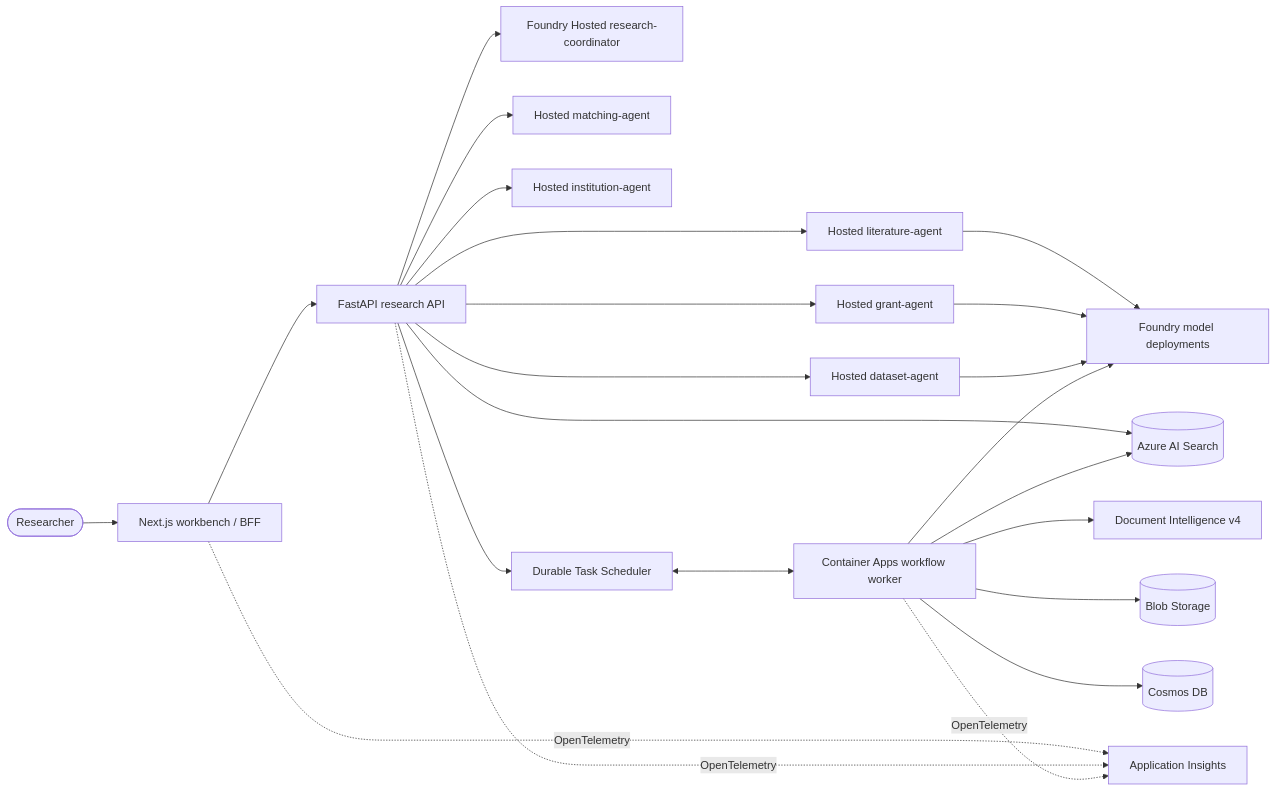
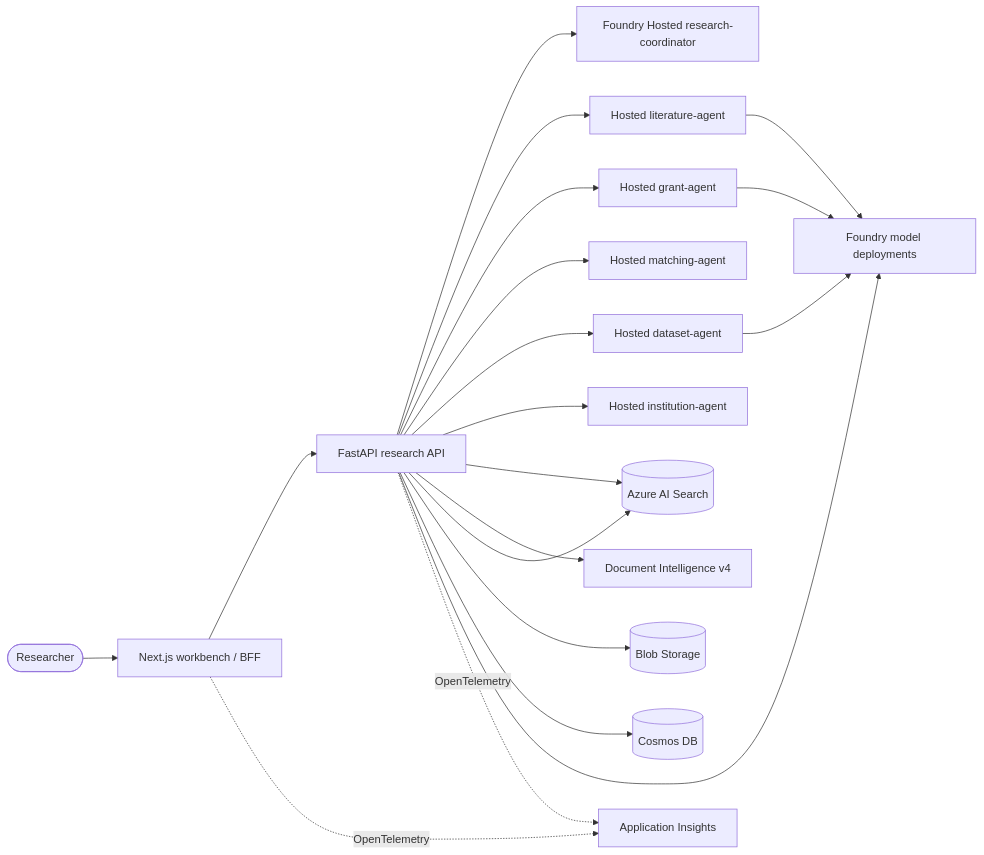
One commit to anabil25/ResearchAssistant changed the diagram in ARCHITECTURE.md. Above: the diagram before and after it, drawn with Mermaid. The commit also changed other lines of this file and 112 other files, not shown here.

````diff
--- a/ARCHITECTURE.md
+++ b/ARCHITECTURE.md
@@ -16,24 +16,22 @@
 ```mermaid
 flowchart LR
     User([Researcher]) --> Web[Next.js workbench / BFF]
     Web --> API[FastAPI research API]
     API --> Coordinator[Foundry Hosted research-coordinator]
     API --> Literature[Hosted literature-agent]
     API --> Grant[Hosted grant-agent]
     API --> Matching[Hosted matching-agent]
     API --> Dataset[Hosted dataset-agent]
     API --> Institution[Hosted institution-agent]
 
     API --> Search[(Azure AI Search)]
     Literature & Grant & Dataset --> Models[Foundry model deployments]
 
-    API --> DTS[Durable Task Scheduler]
-    DTS <--> Worker[Container Apps workflow worker]
-    Worker --> DocIntel[Document Intelligence v4]
-    Worker --> Search
-    Worker --> Blob[(Blob Storage)]
-    Worker --> Cosmos[(Cosmos DB)]
-    Worker --> Models
+    API --> DocIntel[Document Intelligence v4]
+    API --> Search
+    API --> Blob[(Blob Storage)]
+    API --> Cosmos[(Cosmos DB)]
+    API --> Models
 
-    Web & API & Worker -. OpenTelemetry .-> AppInsights[Application Insights]
+    Web & API -. OpenTelemetry .-> AppInsights[Application Insights]
 ```
````
